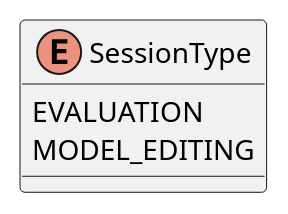
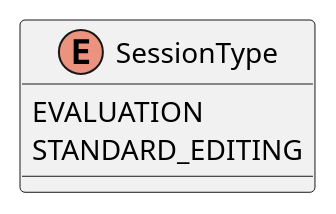
The diagram in src/PB/DocumentazioneEsterna/Specifica_Tecnica/content/uml/puml/Diagrammi_classi/Dominio/SessionType.puml (GroupRubberDuck/Documentazione), drawn with PlantUML before and after one commit. The commit also changed 6 other files, not shown here.

```diff
--- a/src/PB/DocumentazioneEsterna/Specifica_Tecnica/content/uml/puml/Diagrammi_classi/Dominio/SessionType.puml
+++ b/src/PB/DocumentazioneEsterna/Specifica_Tecnica/content/uml/puml/Diagrammi_classi/Dominio/SessionType.puml
@@ -1,10 +1,10 @@
 @startuml SessionType
 skinparam linetype ortho
 skinparam classAttributeIconSize 0
 
 enum SessionType {
     EVALUATION
-    MODEL_EDITING
+    STANDARD_EDITING
 }
 
 @enduml
```
